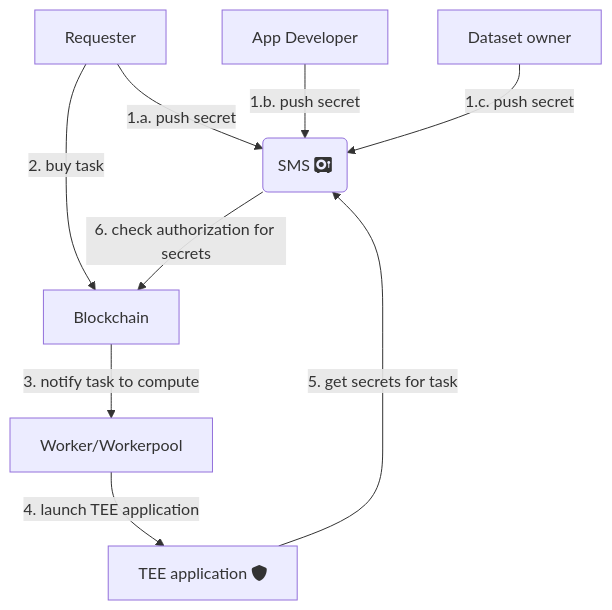
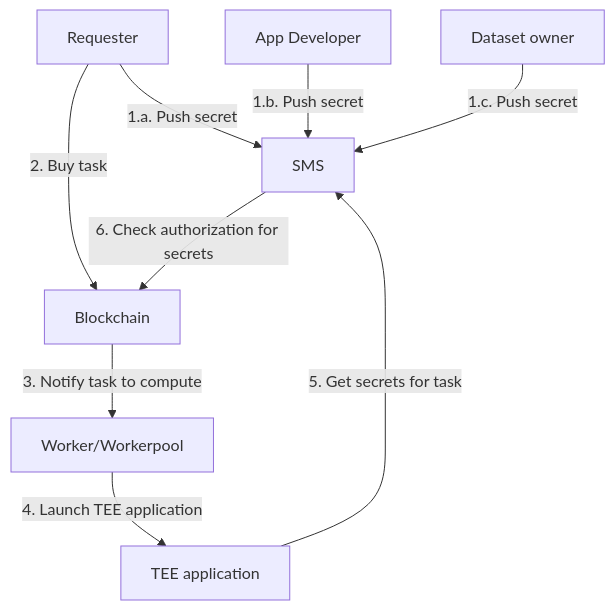
One commit to iExecBlockchainComputing/documentation changed the diagram in for-developers/confidential-computing/access-confidential-assets.md. Above: the diagram before and after it, drawn with Mermaid. The commit also changed other lines of this file, not shown here.

Commit message:
Update cc assets diagram

````diff
--- a/for-developers/confidential-computing/access-confidential-assets.md
+++ b/for-developers/confidential-computing/access-confidential-assets.md
@@ -10,11 +16,11 @@
 ```mermaid
 graph TD
-    Req[Requester] -->|1.a. push secret| SMS(SMS fa:fa-vault)
-    AppDev[App Developer] -->|1.b. push secret| SMS
-    DatasetOwn[Dataset owner] -->|1.c. push secret| SMS
-    Req --> |2. buy task| Chain
-    Chain[Blockchain] --> |3. notify task to compute| Worker[Worker/Workerpool]
-    Worker --> |4. launch TEE application| App[TEE application fa:fa-shield]
-    App --> |5. get secrets for task| SMS
-    SMS --> |6. check authorization for secrets| Chain
+    Req[Requester] -->|1.a. Push secret| SMS[SMS]
+    AppDev[App Developer] -->|1.b. Push secret| SMS
+    DatasetOwn[Dataset owner] -->|1.c. Push secret| SMS
+    Req --> |2. Buy task| Chain
+    Chain[Blockchain] --> |3. Notify task to compute| Worker[Worker/Workerpool]
+    Worker --> |4. Launch TEE application| App[TEE application]
+    App --> |5. Get secrets for task| SMS
+    SMS --> |6. Check authorization for secrets| Chain
 ```
````
